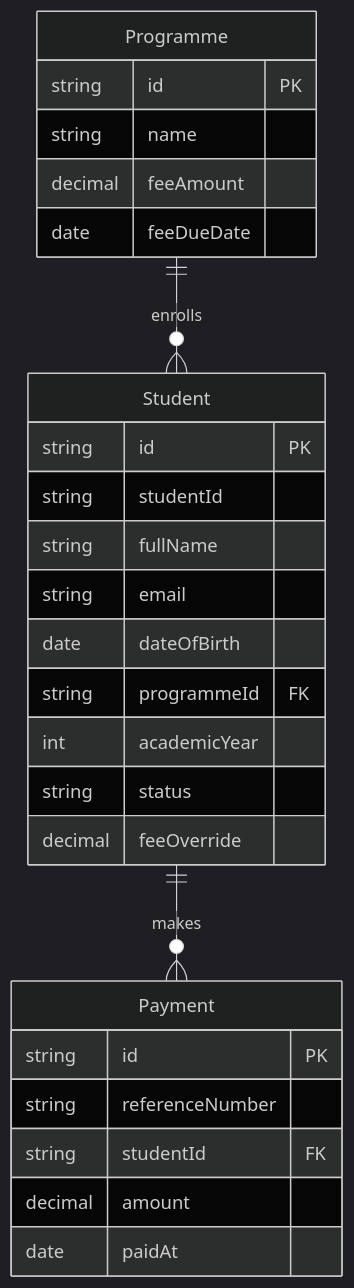
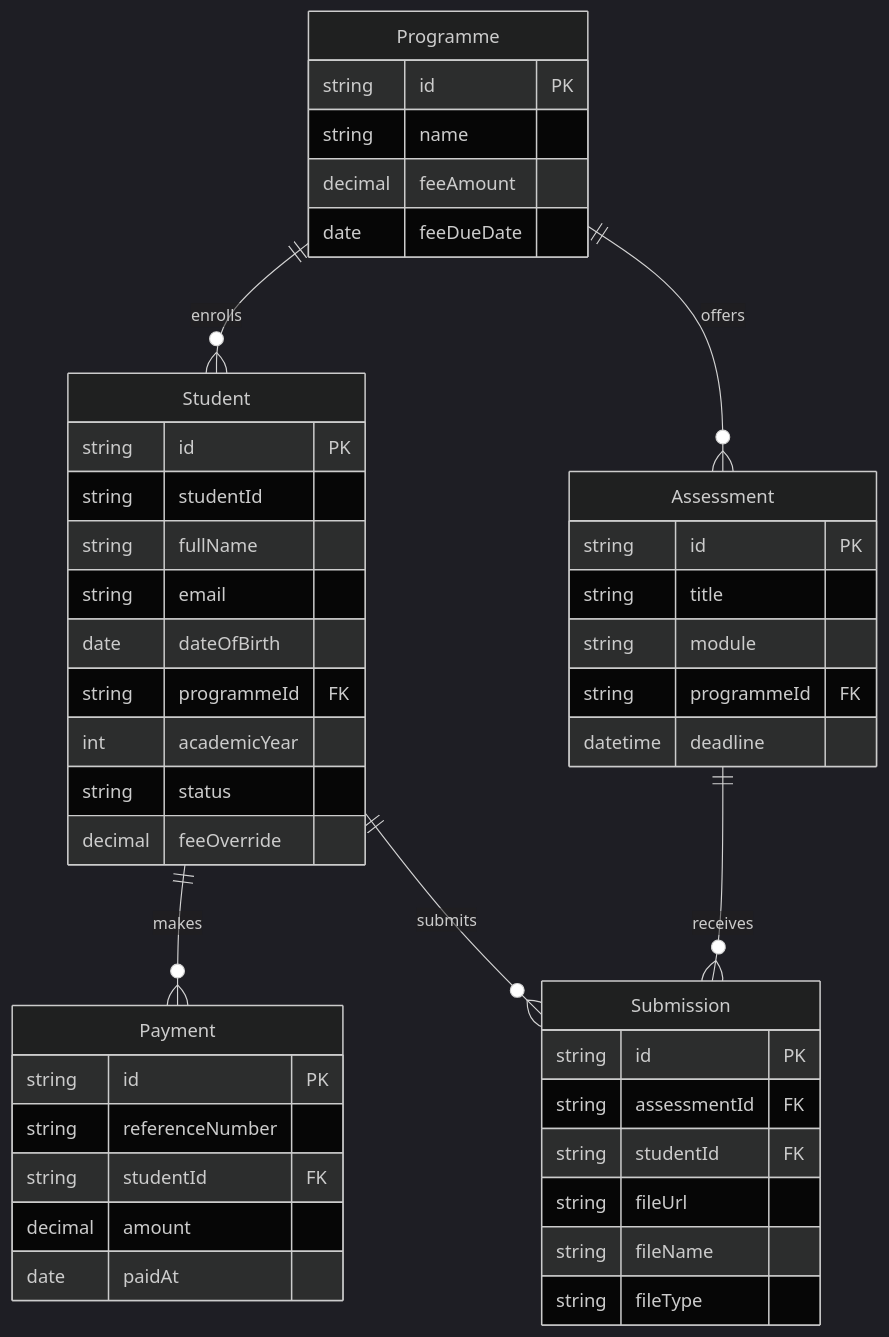
The diagram in README.md (thinkGrow/sms-registry), drawn with Mermaid (dark theme) before and after one commit. The commit also changed other lines of this file and 2 other files, not shown here.

Commit message:
feat: add Assessment and Submission models

````diff
--- a/README.md
+++ b/README.md
@@ -19,29 +19,47 @@
 ```mermaid
 erDiagram
     Programme ||--o{ Student : enrolls
     Student ||--o{ Payment : makes
+    Programme ||--o{ Assessment : offers
+    Student ||--o{ Submission : submits
+    Assessment ||--o{ Submission : receives
     Programme {
         string id PK
         string name
         decimal feeAmount
         date feeDueDate
     }
     Student {
         string id PK
         string studentId
         string fullName
         string email
         date dateOfBirth
         string programmeId FK
         int academicYear
         string status
         decimal feeOverride
     }
     Payment {
         string id PK
         string referenceNumber
         string studentId FK
         decimal amount
         date paidAt
     }
+    Assessment {
+        string id PK
+        string title
+        string module
+        string programmeId FK
+        datetime deadline
+    }
+    Submission {
+        string id PK
+        string assessmentId FK
+        string studentId FK
+        string fileUrl
+        string fileName
+        string fileType
+    }
 ```
````
